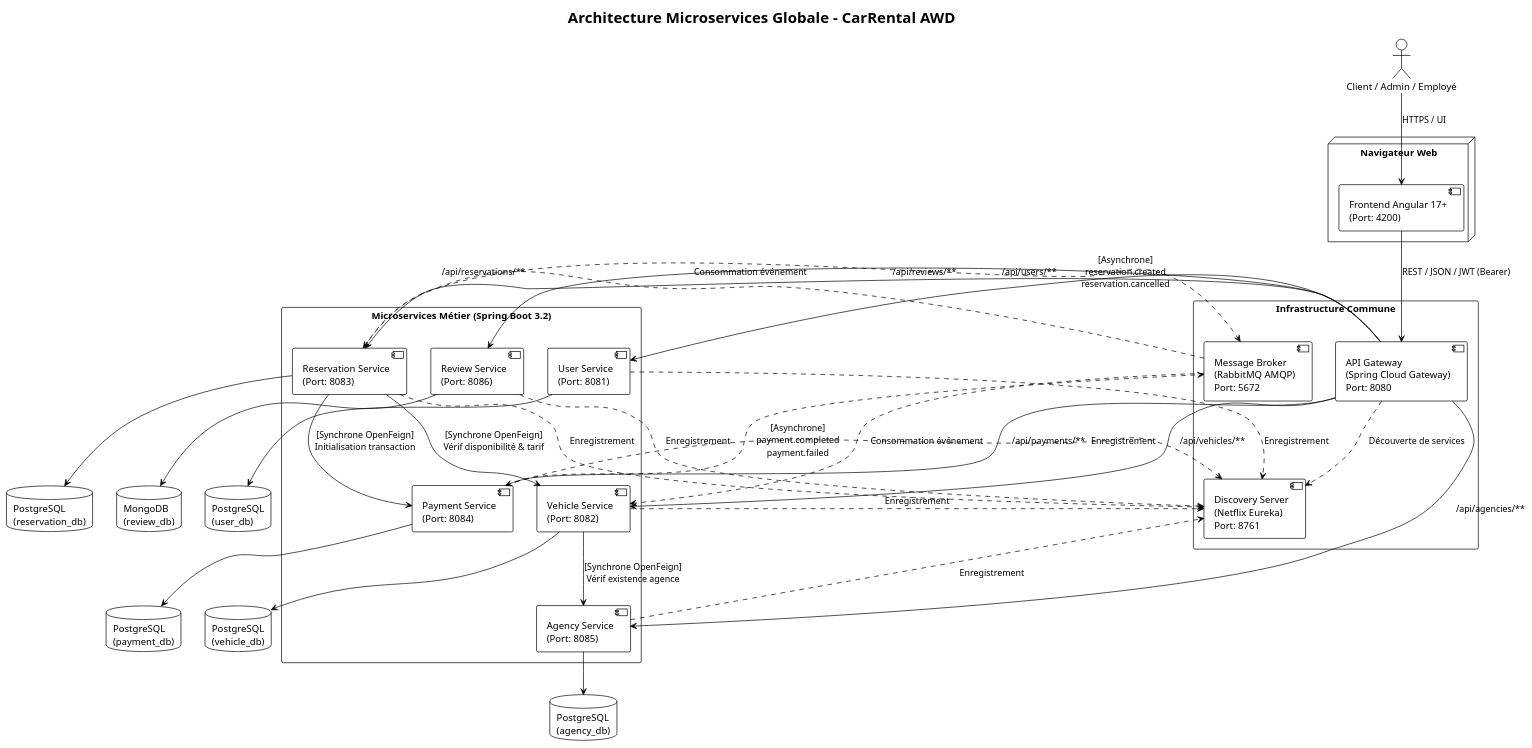
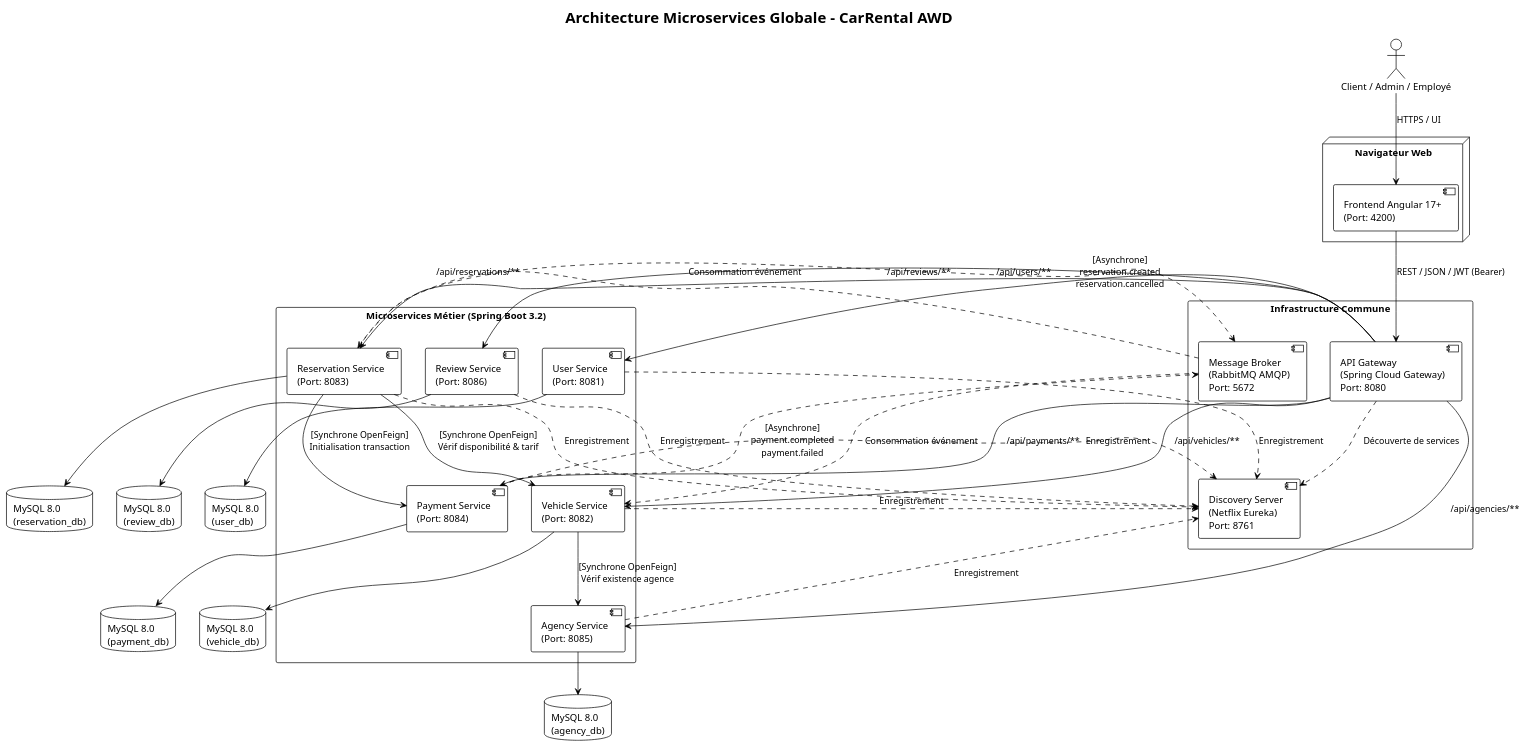
Before and after one commit to rayansayari/awd: the diagram in Documentation/Diagrams/Architecture_Globale.puml, drawn with PlantUML. The commit also changed 34 other files, not shown here.

Commit message:
feat(database): migrate 100% of microservices (including Review-Service) from PostgreSQL/MongoDB to MySQL 8.0

```diff
--- a/Documentation/Diagrams/Architecture_Globale.puml
+++ b/Documentation/Diagrams/Architecture_Globale.puml
@@ -1,70 +1,70 @@
 @startuml Architecture_Globale_CarRental
 !theme plain
 skinparam componentStyle uml2
 skinparam packageStyle rectangle
 skinparam shadowing false
 
 title Architecture Microservices Globale - CarRental AWD
 
 actor "Client / Admin / Employé" as user
 node "Navigateur Web" {
     component [Frontend Angular 17+\n(Port: 4200)] as Frontend
 }
 
 package "Infrastructure Commune" {
     component [API Gateway\n(Spring Cloud Gateway)\nPort: 8080] as Gateway
     component [Discovery Server\n(Netflix Eureka)\nPort: 8761] as Eureka
     queue [Message Broker\n(RabbitMQ AMQP)\nPort: 5672] as RabbitMQ
 }
 
 package "Microservices Métier (Spring Boot 3.2)" {
     component [User Service\n(Port: 8081)] as UserService
     component [Vehicle Service\n(Port: 8082)] as VehicleService
     component [Reservation Service\n(Port: 8083)] as ReservationService
     component [Payment Service\n(Port: 8084)] as PaymentService
     component [Agency Service\n(Port: 8085)] as AgencyService
     component [Review Service\n(Port: 8086)] as ReviewService
 }
 
-database "PostgreSQL\n(user_db)" as DB_User
-database "PostgreSQL\n(vehicle_db)" as DB_Vehicle
-database "PostgreSQL\n(reservation_db)" as DB_Res
-database "PostgreSQL\n(payment_db)" as DB_Pay
-database "PostgreSQL\n(agency_db)" as DB_Agency
-database "MongoDB\n(review_db)" as DB_Review
+database "MySQL 8.0\n(user_db)" as DB_User
+database "MySQL 8.0\n(vehicle_db)" as DB_Vehicle
+database "MySQL 8.0\n(reservation_db)" as DB_Res
+database "MySQL 8.0\n(payment_db)" as DB_Pay
+database "MySQL 8.0\n(agency_db)" as DB_Agency
+database "MySQL 8.0\n(review_db)" as DB_Review
 
 user --> Frontend : HTTPS / UI
 Frontend --> Gateway : REST / JSON / JWT (Bearer)
 
 Gateway ..> Eureka : Découverte de services
 UserService ..> Eureka : Enregistrement
 VehicleService ..> Eureka : Enregistrement
 ReservationService ..> Eureka : Enregistrement
 PaymentService ..> Eureka : Enregistrement
 AgencyService ..> Eureka : Enregistrement
 ReviewService ..> Eureka : Enregistrement
 
 Gateway --> UserService : /api/users/**
 Gateway --> VehicleService : /api/vehicles/**
 Gateway --> ReservationService : /api/reservations/**
 Gateway --> PaymentService : /api/payments/**
 Gateway --> AgencyService : /api/agencies/**
 Gateway --> ReviewService : /api/reviews/**
 
 ReservationService --> VehicleService : [Synchrone OpenFeign]\nVérif disponibilité & tarif
 ReservationService --> PaymentService : [Synchrone OpenFeign]\nInitialisation transaction
 VehicleService --> AgencyService : [Synchrone OpenFeign]\nVérif existence agence
 
 ReservationService ..> RabbitMQ : [Asynchrone]\nreservation.created\nreservation.cancelled
 PaymentService ..> RabbitMQ : [Asynchrone]\npayment.completed\npayment.failed
 RabbitMQ ..> ReservationService : Consommation événement
 RabbitMQ ..> VehicleService : Consommation événement
 
 UserService --> DB_User
 VehicleService --> DB_Vehicle
 ReservationService --> DB_Res
 PaymentService --> DB_Pay
 AgencyService --> DB_Agency
 ReviewService --> DB_Review
 
 @enduml
```
